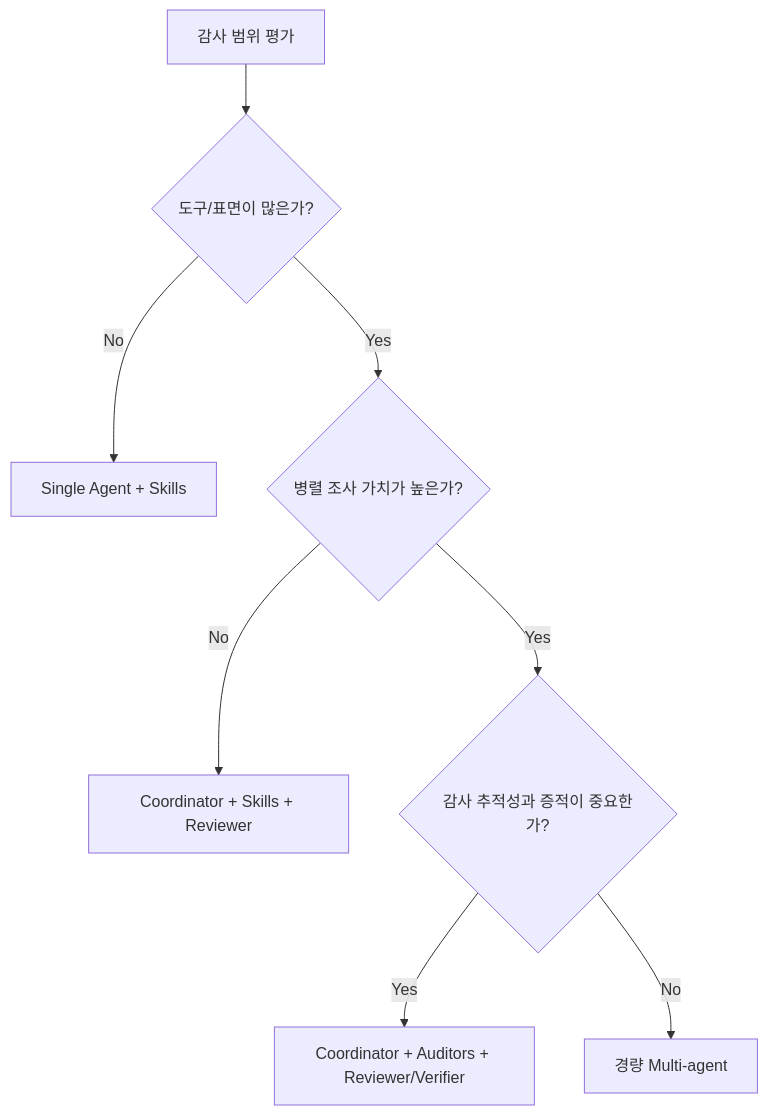
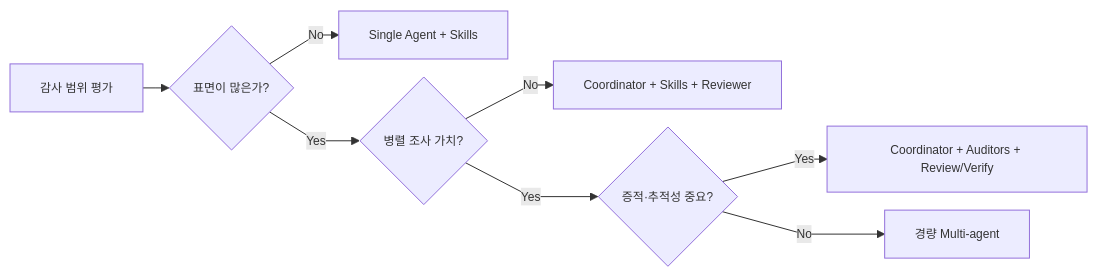
One commit to koalav/present-anyything changed the diagram in decks/windows-audit-design/pages/11_tradeoffs.md. Above: the diagram before and after it, drawn with Mermaid. The commit also changed other lines of this file and 259 other files, not shown here.

````diff
--- a/decks/windows-audit-design/pages/11_tradeoffs.md
+++ b/decks/windows-audit-design/pages/11_tradeoffs.md
@@ -33,10 +35,11 @@
 ```mermaid
-flowchart TD
-    A[감사 범위 평가] --> B{도구/표면이 많은가?}
+%%{init: {'themeVariables': {'fontSize': '12px'}, 'flowchart': {'nodeSpacing': 18, 'rankSpacing': 26, 'diagramPadding': 6, 'curve': 'linear'}}}%%
+flowchart LR
+    A[감사 범위 평가] --> B{표면이 많은가?}
     B -->|No| C[Single Agent + Skills]
-    B -->|Yes| D{병렬 조사 가치가 높은가?}
+    B -->|Yes| D{병렬 조사 가치?}
     D -->|No| E[Coordinator + Skills + Reviewer]
-    D -->|Yes| F{감사 추적성과 증적이 중요한가?}
-    F -->|Yes| G[Coordinator + Auditors + Reviewer/Verifier]
+    D -->|Yes| F{증적·추적성 중요?}
+    F -->|Yes| G[Coordinator + Auditors + Review/Verify]
     F -->|No| H[경량 Multi-agent]
 ```
````
